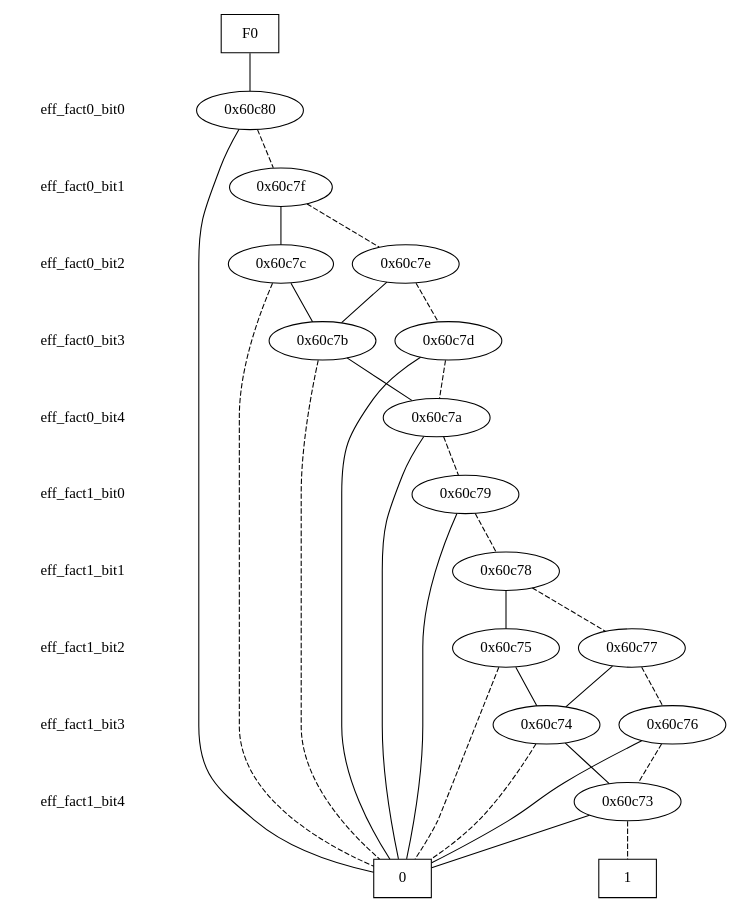
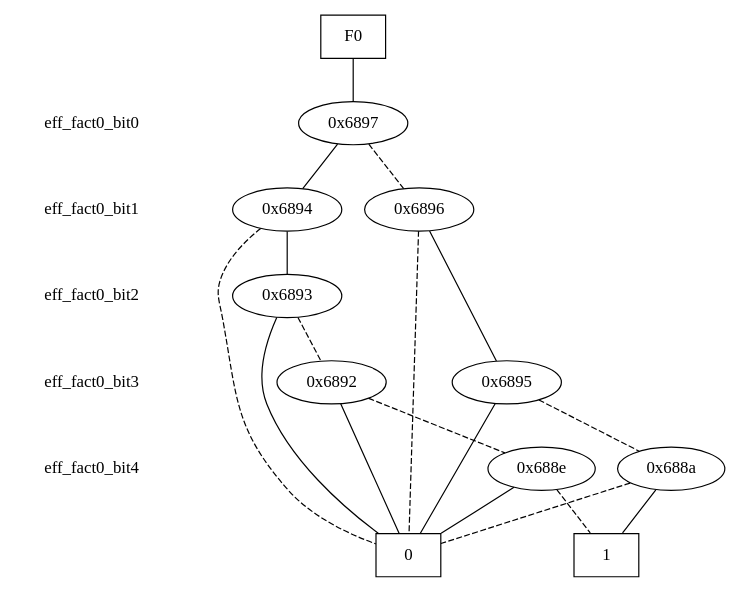
One commit to galvusdamor/downward-hm changed the diagram in effectBDD.dot. Above: the diagram before and after it, drawn with Graphviz. The commit also changed 30 other files, not shown here.

```diff
--- a/effectBDD.dot
+++ b/effectBDD.dot
@@ -1,82 +1,54 @@
 digraph "DD" {
 size = "7.5,10"
 center = true;
 edge [dir = none];
 { node [shape = plaintext];
   edge [style = invis];
   "CONST NODES" [style = invis];
-" eff_fact0_bit0 " -> " eff_fact0_bit1 " -> " eff_fact0_bit2 " -> " eff_fact0_bit3 " -> " eff_fact0_bit4 " -> " eff_fact1_bit0 " -> " eff_fact1_bit1 " -> " eff_fact1_bit2 " -> " eff_fact1_bit3 " -> " eff_fact1_bit4 " -> "CONST NODES"; 
+" eff_fact0_bit0 " -> " eff_fact0_bit1 " -> " eff_fact0_bit2 " -> " eff_fact0_bit3 " -> " eff_fact0_bit4 " -> "CONST NODES"; 
 }
 { rank = same; node [shape = box]; edge [style = invis];
 "F0"; }
 { rank = same; " eff_fact0_bit0 ";
-"0x60c80";
+"0x6897";
 }
 { rank = same; " eff_fact0_bit1 ";
-"0x60c7f";
+"0x6894";
+"0x6896";
 }
 { rank = same; " eff_fact0_bit2 ";
-"0x60c7e";
-"0x60c7c";
+"0x6893";
 }
 { rank = same; " eff_fact0_bit3 ";
-"0x60c7b";
-"0x60c7d";
+"0x6892";
+"0x6895";
 }
 { rank = same; " eff_fact0_bit4 ";
-"0x60c7a";
-}
-{ rank = same; " eff_fact1_bit0 ";
-"0x60c79";
-}
-{ rank = same; " eff_fact1_bit1 ";
-"0x60c78";
-}
-{ rank = same; " eff_fact1_bit2 ";
-"0x60c75";
-"0x60c77";
-}
-{ rank = same; " eff_fact1_bit3 ";
-"0x60c74";
-"0x60c76";
-}
-{ rank = same; " eff_fact1_bit4 ";
-"0x60c73";
+"0x688a";
+"0x688e";
 }
 { rank = same; "CONST NODES";
-{ node [shape = box]; "0x5ee9c";
-"0x5ee9b";
+{ node [shape = box]; "0x61c";
+"0x61b";
 }
 }
-"F0" -> "0x60c80" [style = solid];
-"0x60c80" -> "0x5ee9c";
-"0x60c80" -> "0x60c7f" [style = dashed];
-"0x60c7f" -> "0x60c7c";
-"0x60c7f" -> "0x60c7e" [style = dashed];
-"0x60c7e" -> "0x60c7b";
-"0x60c7e" -> "0x60c7d" [style = dashed];
-"0x60c7c" -> "0x60c7b";
-"0x60c7c" -> "0x5ee9c" [style = dashed];
-"0x60c7b" -> "0x60c7a";
-"0x60c7b" -> "0x5ee9c" [style = dashed];
-"0x60c7d" -> "0x5ee9c";
-"0x60c7d" -> "0x60c7a" [style = dashed];
-"0x60c7a" -> "0x5ee9c";
-"0x60c7a" -> "0x60c79" [style = dashed];
-"0x60c79" -> "0x5ee9c";
-"0x60c79" -> "0x60c78" [style = dashed];
-"0x60c78" -> "0x60c75";
-"0x60c78" -> "0x60c77" [style = dashed];
-"0x60c75" -> "0x60c74";
-"0x60c75" -> "0x5ee9c" [style = dashed];
-"0x60c77" -> "0x60c74";
-"0x60c77" -> "0x60c76" [style = dashed];
-"0x60c74" -> "0x60c73";
-"0x60c74" -> "0x5ee9c" [style = dashed];
-"0x60c76" -> "0x5ee9c";
-"0x60c76" -> "0x60c73" [style = dashed];
-"0x60c73" -> "0x5ee9c";
-"0x60c73" -> "0x5ee9b" [style = dashed];
-"0x5ee9c" [label = "0"];
-"0x5ee9b" [label = "1"];
+"F0" -> "0x6897" [style = solid];
+"0x6897" -> "0x6894";
+"0x6897" -> "0x6896" [style = dashed];
+"0x6894" -> "0x6893";
+"0x6894" -> "0x61c" [style = dashed];
+"0x6896" -> "0x6895";
+"0x6896" -> "0x61c" [style = dashed];
+"0x6893" -> "0x61c";
+"0x6893" -> "0x6892" [style = dashed];
+"0x6892" -> "0x61c";
+"0x6892" -> "0x688e" [style = dashed];
+"0x6895" -> "0x61c";
+"0x6895" -> "0x688a" [style = dashed];
+"0x688a" -> "0x61b";
+"0x688a" -> "0x61c" [style = dashed];
+"0x688e" -> "0x61c";
+"0x688e" -> "0x61b" [style = dashed];
+"0x61c" [label = "0"];
+"0x61b" [label = "1"];
 }
```
